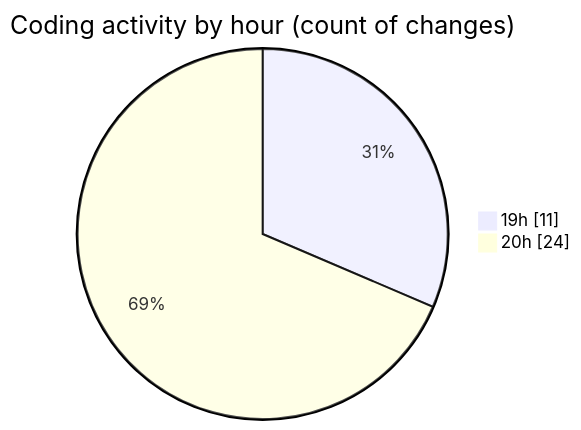
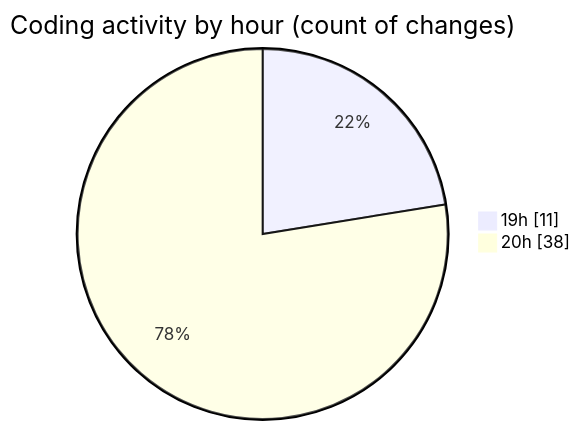
Before and after one commit to Netris89/code-tracking: the second of 2 diagrams in 2025-04-03/back-end/README.md, drawn with Mermaid. The commit also changed other lines of this file and 1 other file, not shown here.

````diff
--- a/2025-04-03/back-end/README.md
+++ b/2025-04-03/back-end/README.md
@@ -30,6 +30,6 @@
 ```mermaid
 pie showData
 title Coding activity by hour (count of changes)
 "19h" : 11
-"20h" : 24
+"20h" : 38
 ```
````
